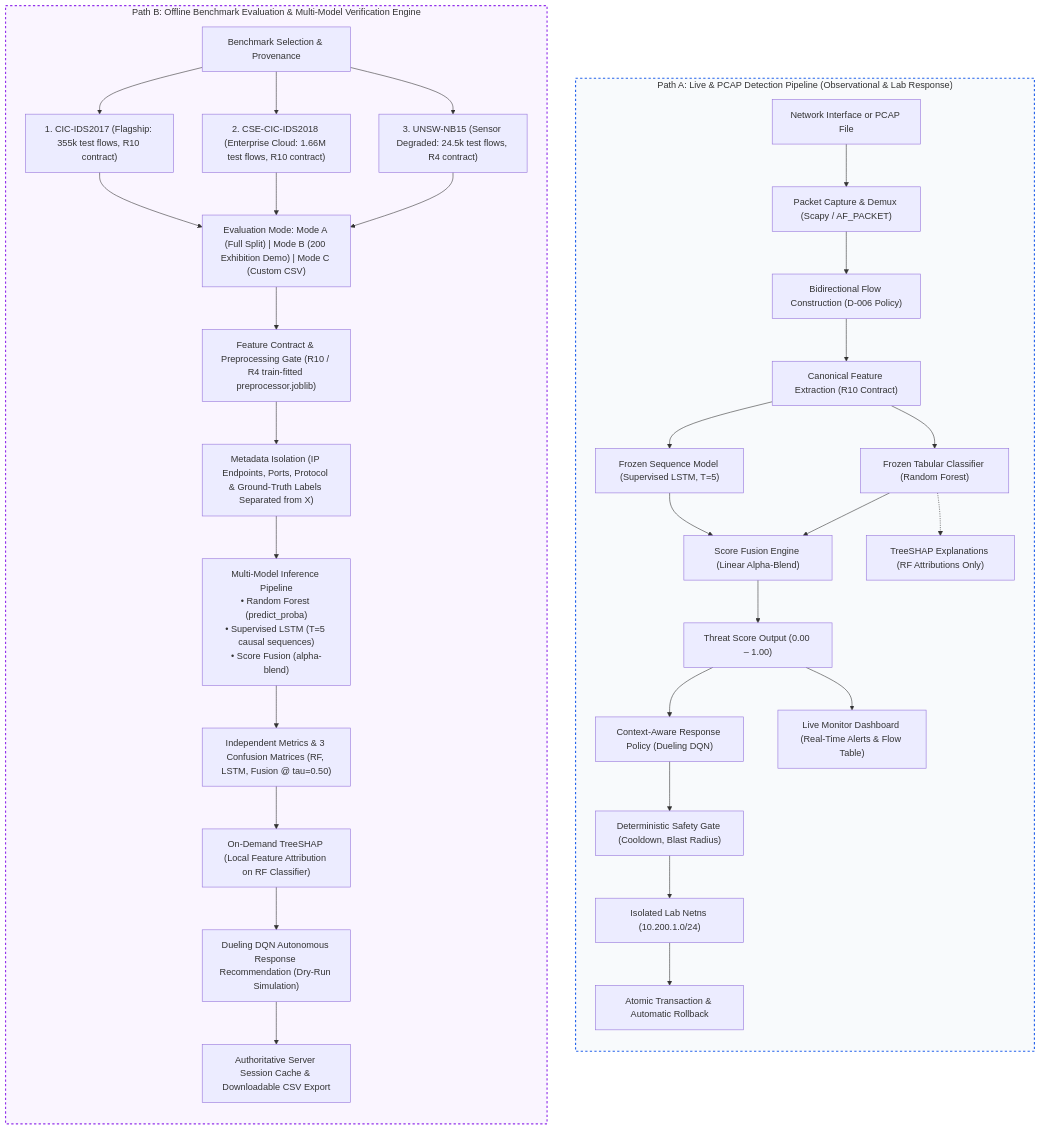
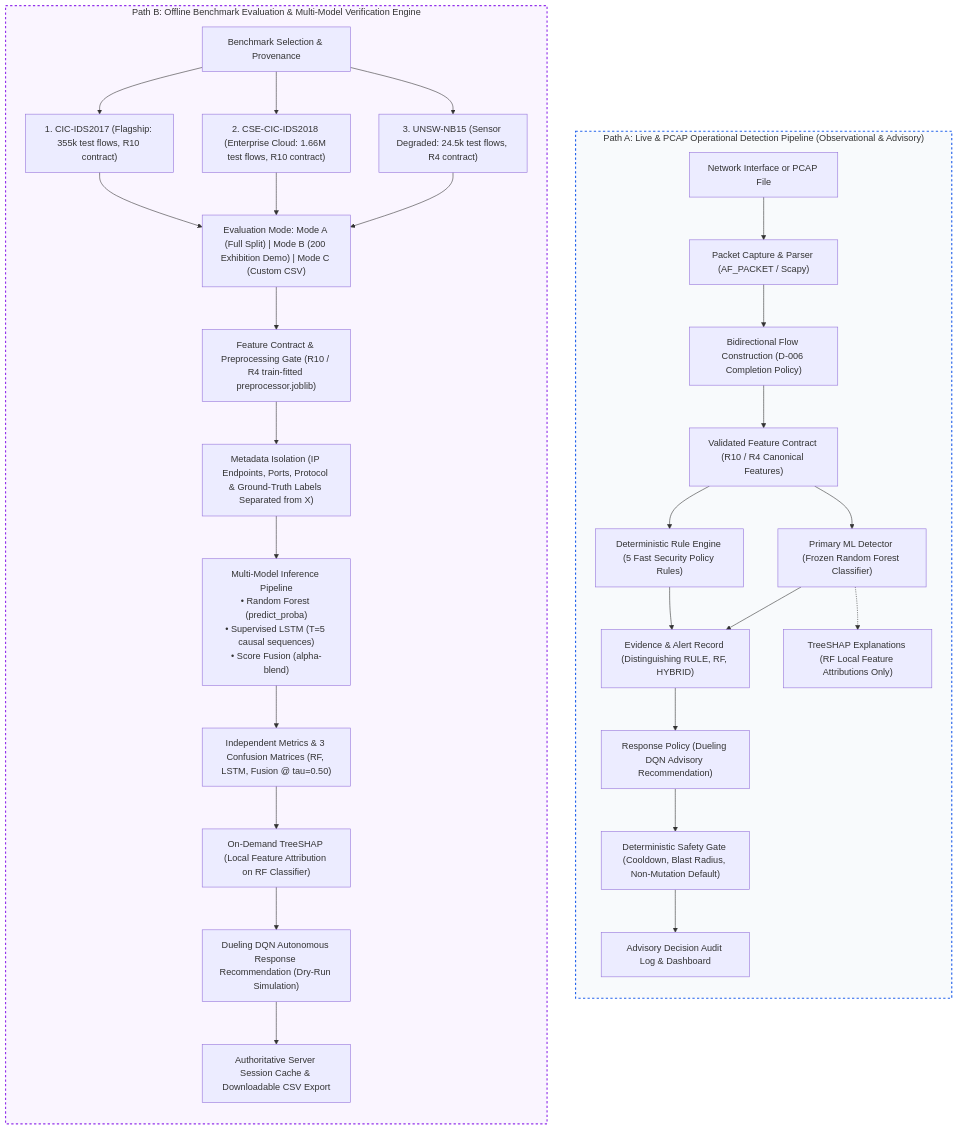
The first of 2 diagrams in README.md (rishikeshgowdakk/fyp-xrlids), drawn with Mermaid before and after one commit. The commit also changed 14 other files, not shown here.

Commit message:
feat: implement deterministic rules engine and integrate with hybrid detection pipeline and dashboard UI

````diff
--- a/README.md
+++ b/README.md
@@ -35,38 +35,35 @@
 ```mermaid
 flowchart TD
-    subgraph LIVE["Path A: Live & PCAP Detection Pipeline (Observational & Lab Response)"]
+    subgraph LIVE["Path A: Live & PCAP Operational Detection Pipeline (Observational & Advisory)"]
         direction TB
-        A1["Network Interface or PCAP File"] --> A2["Packet Capture & Demux (Scapy / AF_PACKET)"]
-        A2 --> A3["Bidirectional Flow Construction (D-006 Policy)"]
-        A3 --> A4["Canonical Feature Extraction (R10 Contract)"]
-        A4 --> A5["Frozen Tabular Classifier (Random Forest)"]
-        A4 --> A6["Frozen Sequence Model (Supervised LSTM, T=5)"]
-        A5 --> A7["Score Fusion Engine (Linear Alpha-Blend)"]
+        A1["Network Interface or PCAP File"] --> A2["Packet Capture & Parser (AF_PACKET / Scapy)"]
+        A2 --> A3["Bidirectional Flow Construction (D-006 Completion Policy)"]
+        A3 --> A4["Validated Feature Contract (R10 / R4 Canonical Features)"]
+        A4 --> A5["Deterministic Rule Engine (5 Fast Security Policy Rules)"]
+        A4 --> A6["Primary ML Detector (Frozen Random Forest Classifier)"]
+        A5 --> A7["Evidence & Alert Record (Distinguishing RULE, RF, HYBRID)"]
         A6 --> A7
-        A7 --> A8["Threat Score Output (0.00 – 1.00)"]
-        A5 -.-> A9["TreeSHAP Explanations (RF Attributions Only)"]
-        A8 --> A10["Context-Aware Response Policy (Dueling DQN)"]
-        A10 --> A11["Deterministic Safety Gate (Cooldown, Blast Radius)"]
-        A11 --> A12["Isolated Lab Netns (10.200.1.0/24)"]
-        A12 --> A13["Atomic Transaction & Automatic Rollback"]
-        A8 --> A14["Live Monitor Dashboard (Real-Time Alerts & Flow Table)"]
+        A6 -.-> A8["TreeSHAP Explanations (RF Local Feature Attributions Only)"]
+        A7 --> A9["Response Policy (Dueling DQN Advisory Recommendation)"]
+        A9 --> A10["Deterministic Safety Gate (Cooldown, Blast Radius, Non-Mutation Default)"]
+        A10 --> A11["Advisory Decision Audit Log & Dashboard"]
     end
 
     subgraph CSV["Path B: Offline Benchmark Evaluation & Multi-Model Verification Engine"]
         direction TB
         B0["Benchmark Selection & Provenance"] --> D1["1. CIC-IDS2017 (Flagship: 355k test flows, R10 contract)"]
         B0 --> D2["2. CSE-CIC-IDS2018 (Enterprise Cloud: 1.66M test flows, R10 contract)"]
         B0 --> D3["3. UNSW-NB15 (Sensor Degraded: 24.5k test flows, R4 contract)"]
         D1 & D2 & D3 --> B1["Evaluation Mode: Mode A (Full Split) | Mode B (200 Exhibition Demo) | Mode C (Custom CSV)"]
         B1 --> B2["Feature Contract & Preprocessing Gate (R10 / R4 train-fitted preprocessor.joblib)"]
         B2 --> B3["Metadata Isolation (IP Endpoints, Ports, Protocol & Ground-Truth Labels Separated from X)"]
         B3 --> B4["Multi-Model Inference Pipeline\n• Random Forest (predict_proba)\n• Supervised LSTM (T=5 causal sequences)\n• Score Fusion (alpha-blend)"]
         B4 --> B5["Independent Metrics & 3 Confusion Matrices (RF, LSTM, Fusion @ tau=0.50)"]
         B5 --> B6["On-Demand TreeSHAP (Local Feature Attribution on RF Classifier)"]
         B6 --> B7["Dueling DQN Autonomous Response Recommendation (Dry-Run Simulation)"]
         B7 --> B8["Authoritative Server Session Cache & Downloadable CSV Export"]
     end
 
     style LIVE fill:#f8fafc,stroke:#2563eb,stroke-width:2px,stroke-dasharray: 4 4
     style CSV fill:#faf5ff,stroke:#9333ea,stroke-width:2px,stroke-dasharray: 4 4
 ```
````
